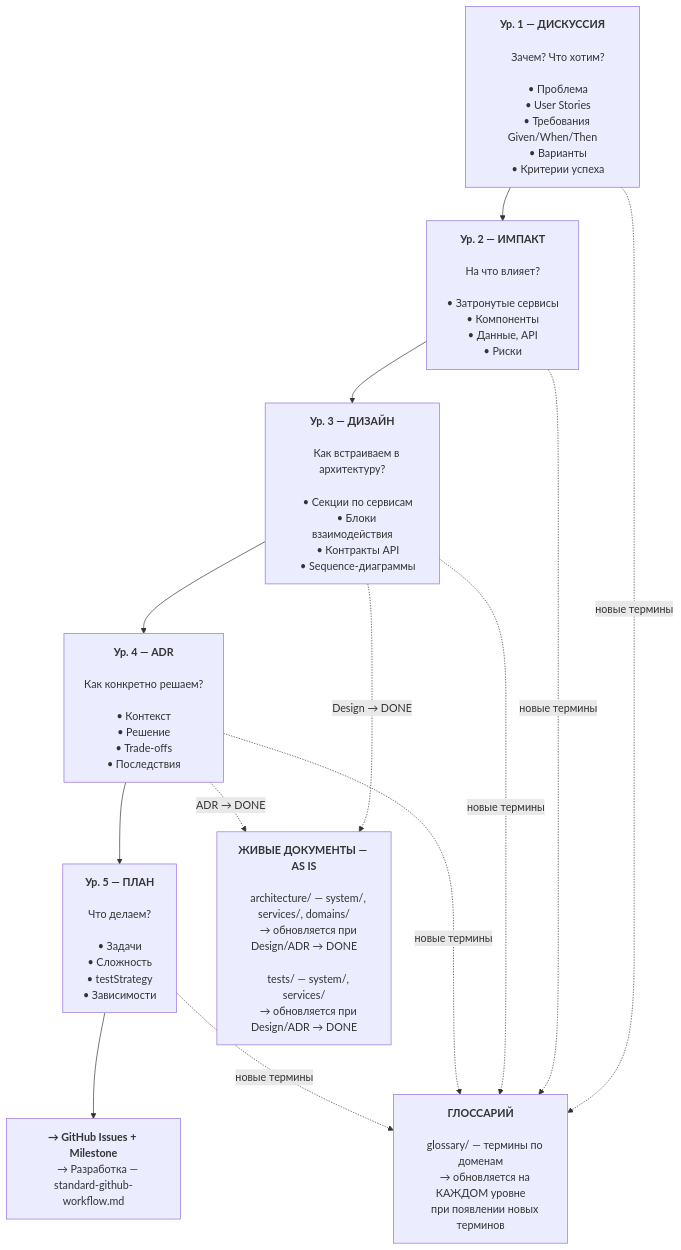
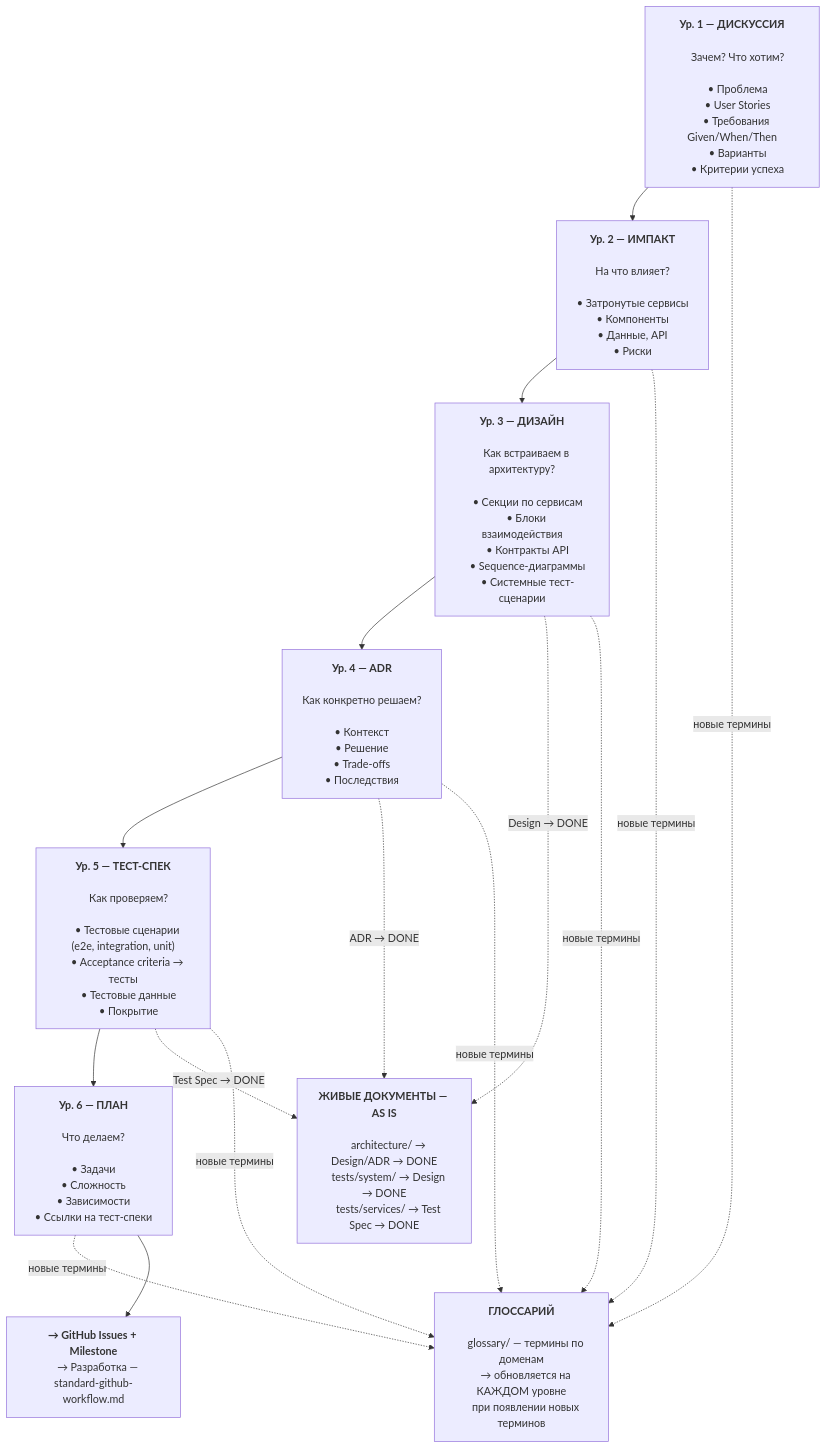
Before and after one commit to NSEvteev/FullSpec: the first of 5 diagrams in .claude/drafts/2026-02-08-specs-architecture.md, drawn with Mermaid. The commit also changed other lines of this file and 1 other file, not shown here.

````diff
--- a/.claude/drafts/2026-02-08-specs-architecture.md
+++ b/.claude/drafts/2026-02-08-specs-architecture.md
@@ -81,7 +85,8 @@
     • Секции по сервисам
     • Блоки взаимодействия
     • Контракты API
-    • Sequence-диаграммы"]
+    • Sequence-диаграммы
+    • Системные тест-сценарии"]
 
     A["<b>Ур. 4 — ADR</b>
 
@@ -92,22 +97,29 @@
     • Trade-offs
     • Последствия"]
 
-    P["<b>Ур. 5 — ПЛАН</b>
+    T["<b>Ур. 5 — ТЕСТ-СПЕК</b>
+
+    Как проверяем?
+
+    • Тестовые сценарии (e2e, integration, unit)
+    • Acceptance criteria → тесты
+    • Тестовые данные
+    • Покрытие"]
+
+    P["<b>Ур. 6 — ПЛАН</b>
 
     Что делаем?
 
     • Задачи
     • Сложность
-    • testStrategy
-    • Зависимости"]
+    • Зависимости
+    • Ссылки на тест-спеки"]
 
     LIVE["<b>ЖИВЫЕ ДОКУМЕНТЫ — AS IS</b>
 
-    architecture/ — system/, services/, domains/
-    → обновляется при Design/ADR → DONE
-
-    tests/ — system/, services/
-    → обновляется при Design/ADR → DONE"]
+    architecture/ → Design/ADR → DONE
+    tests/system/ → Design → DONE
+    tests/services/ → Test Spec → DONE"]
 
     GLOSS["<b>ГЛОССАРИЙ</b>
 
@@ -121,9 +133,11 @@
     D --> I
     I --> DE
     DE --> A
-    A --> P
+    A --> T
+    T --> P
     DE -. "Design → DONE" .-> LIVE
     A -. "ADR → DONE" .-> LIVE
-    D & I & DE & A & P -. "новые термины" .-> GLOSS
+    T -. "Test Spec → DONE" .-> LIVE
+    D & I & DE & A & T & P -. "новые термины" .-> GLOSS
     P --> DEV
 ```
````
